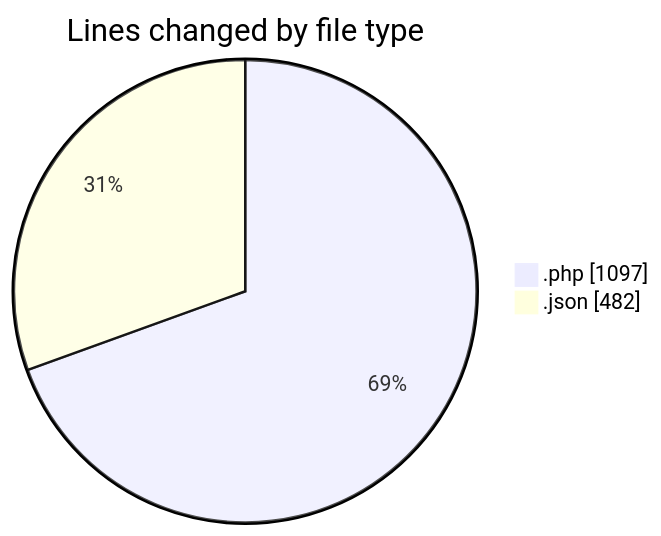
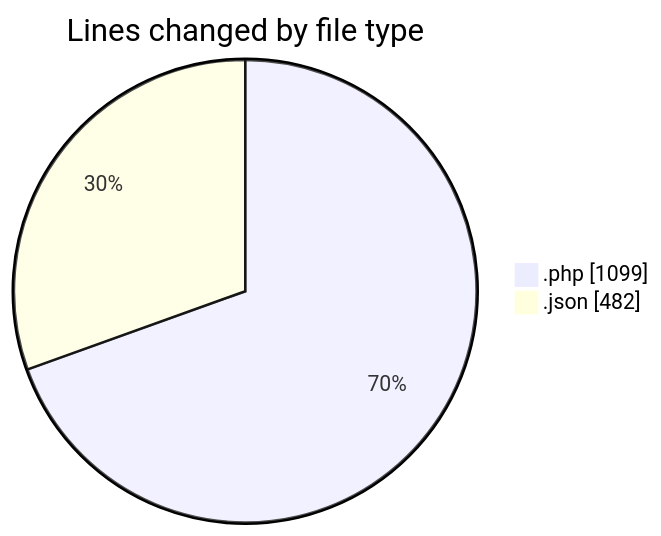
Before and after one commit to idhammustaqopulfikri/code-tracking: the first of 2 diagrams in 2025-03-28/autodidak/README.md, drawn with Mermaid. The commit also changed other lines of this file and 1 other file, not shown here.

````diff
--- a/2025-03-28/autodidak/README.md
+++ b/2025-03-28/autodidak/README.md
@@ -29,6 +29,6 @@
 ```mermaid
 pie showData
 title Lines changed by file type
-".php" : 1097
+".php" : 1099
 ".json" : 482
 ```
````
